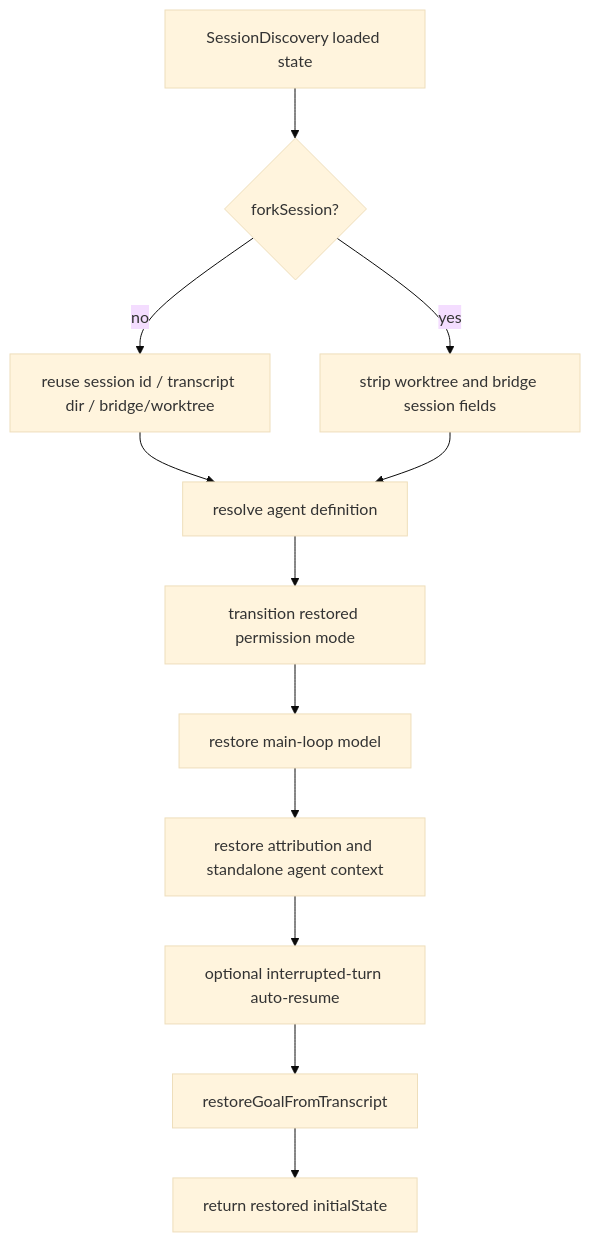
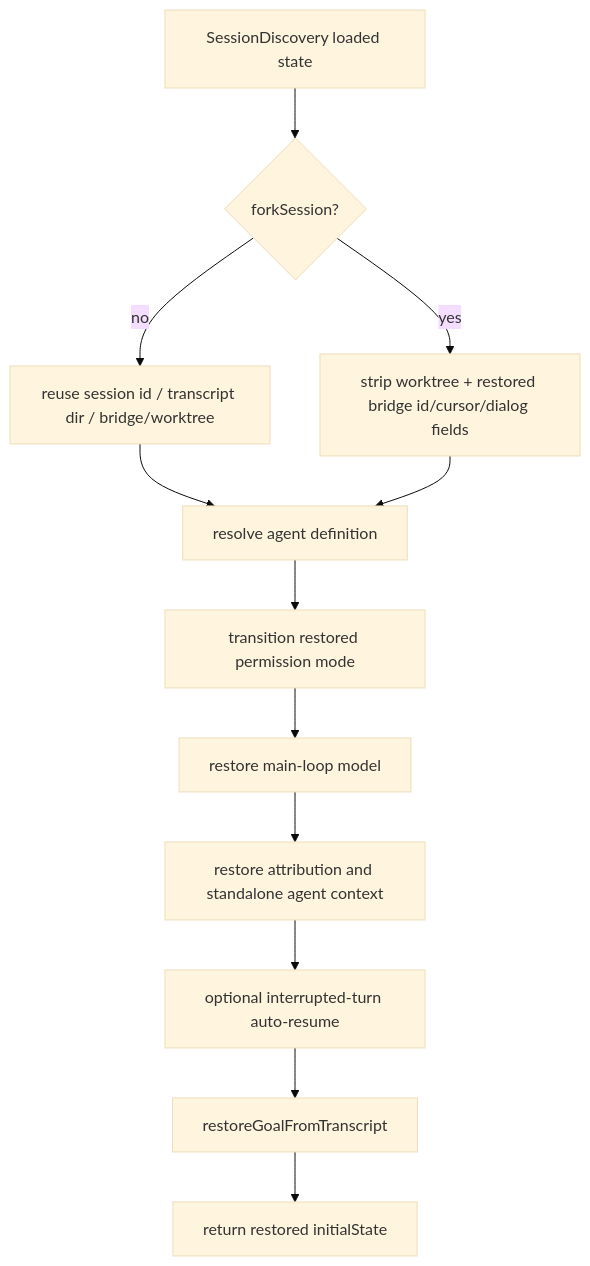
The second of 2 diagrams in docs/04-sessions-persistence-remote/session-resume-and-transcripts.md (vibewatch/claude-code-internals), drawn with Mermaid (base theme) before and after one commit. The commit also changed other lines of this file and 46 other files, not shown here.

````diff
--- a/docs/04-sessions-persistence-remote/session-resume-and-transcripts.md
+++ b/docs/04-sessions-persistence-remote/session-resume-and-transcripts.md
@@ -145,14 +177,14 @@
 ```mermaid
 flowchart TD
     Loaded[SessionDiscovery loaded state] --> Fork{forkSession?}
     Fork -->|no| Reuse[reuse session id / transcript dir / bridge/worktree]
-    Fork -->|yes| Strip[strip worktree and bridge session fields]
+    Fork -->|yes| Strip[strip worktree + restored bridge id/cursor/dialog fields]
     Reuse --> ResolveAgent[resolve agent definition]
     Strip --> ResolveAgent
     ResolveAgent --> Permission[transition restored permission mode]
     Permission --> Model[restore main-loop model]
     Model --> Attribution[restore attribution and standalone agent context]
     Attribution --> Interrupted[optional interrupted-turn auto-resume]
     Interrupted --> Goal[restoreGoalFromTranscript]
     Goal --> InitialState[return restored initialState]
 ```
````
